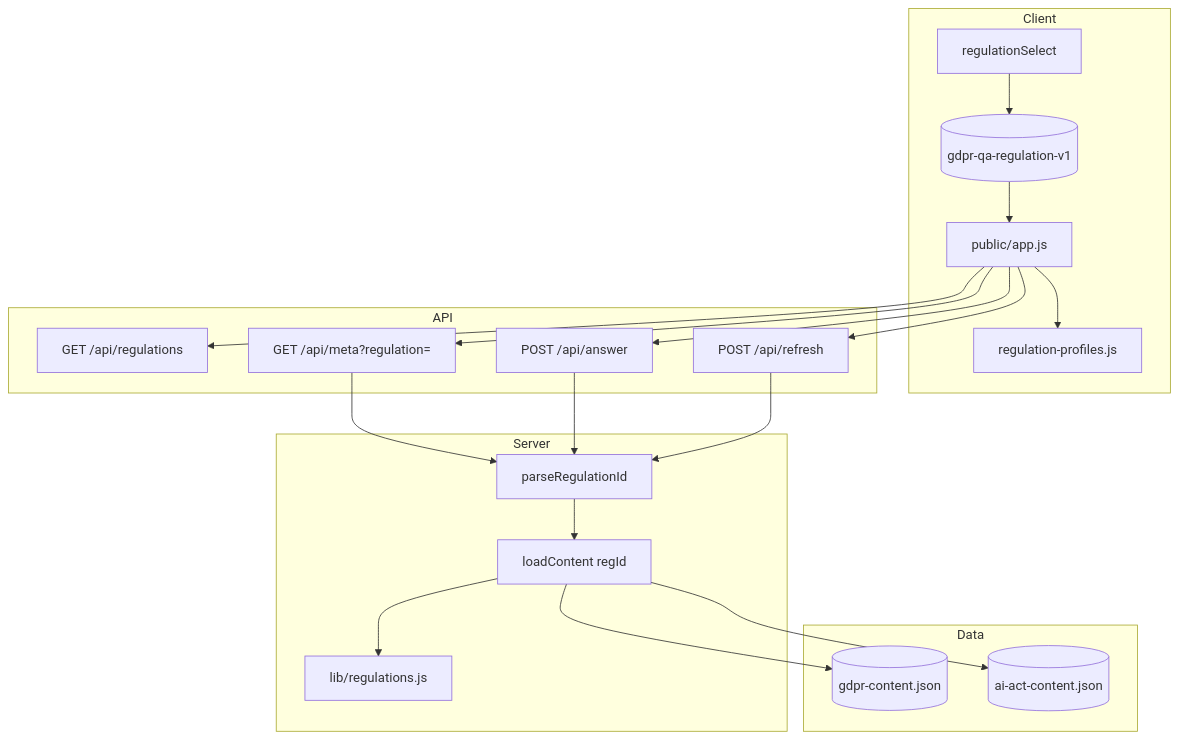
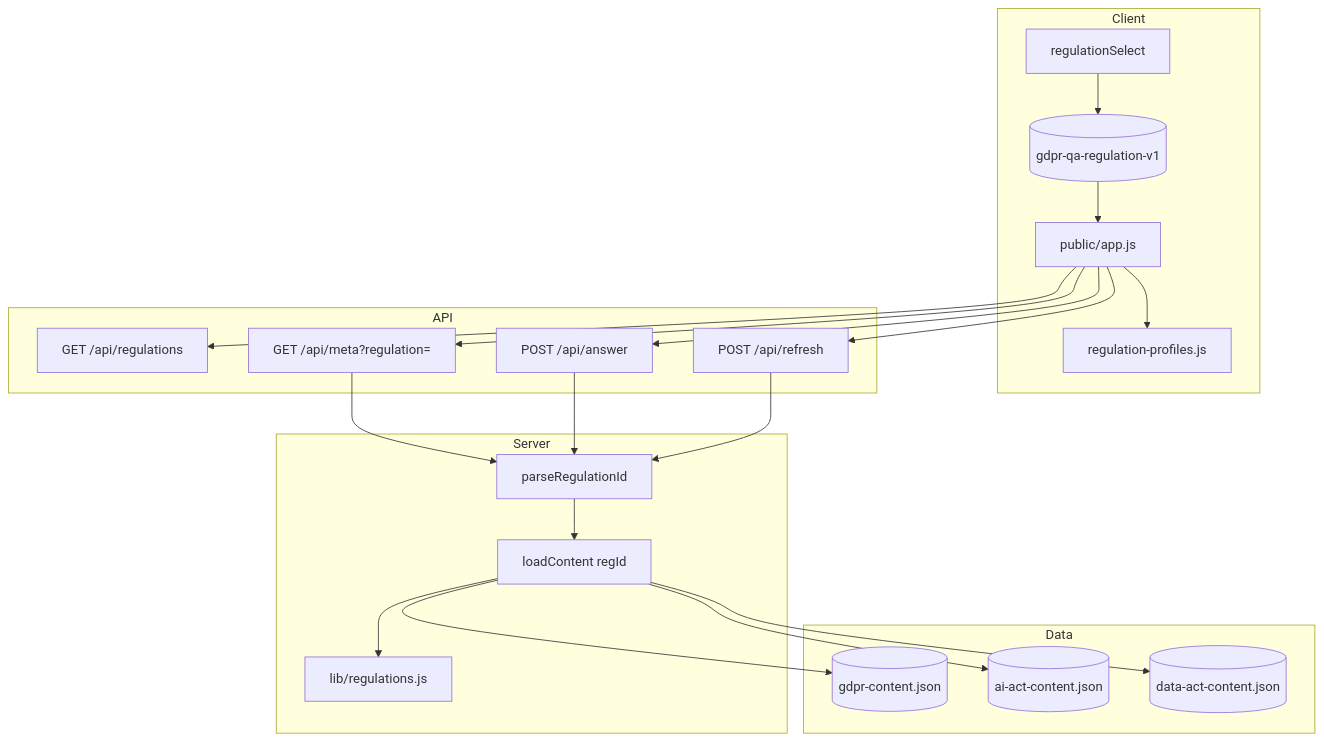
The sixth of 6 diagrams in docs/VARIABLES.md (RifqiMT/gdpr-qa-platform), drawn with Mermaid before and after one commit. The commit also changed other lines of this file and 36 other files, not shown here.

````diff
--- a/docs/VARIABLES.md
+++ b/docs/VARIABLES.md
@@ -416,38 +421,40 @@
 ```mermaid
 flowchart TB
   subgraph Client
     SEL[regulationSelect]
     LS[(gdpr-qa-regulation-v1)]
     APP[public/app.js]
     PROF[regulation-profiles.js]
   end
   subgraph API
     REGS[GET /api/regulations]
     META[GET /api/meta?regulation=]
     ANS[POST /api/answer]
     REF[POST /api/refresh]
   end
   subgraph Server
     PARSE[parseRegulationId]
     LOAD[loadContent regId]
     LIB[lib/regulations.js]
   end
   subgraph Data
     GDPR[(gdpr-content.json)]
     AI[(ai-act-content.json)]
+    DA[(data-act-content.json)]
   end
   SEL --> LS
   LS --> APP
   APP --> PROF
   APP --> REGS
   APP --> META
   APP --> ANS
   APP --> REF
   META --> PARSE
   ANS --> PARSE
   REF --> PARSE
   PARSE --> LOAD
   LOAD --> LIB
   LOAD --> GDPR
   LOAD --> AI
+  LOAD --> DA
 ```
````
